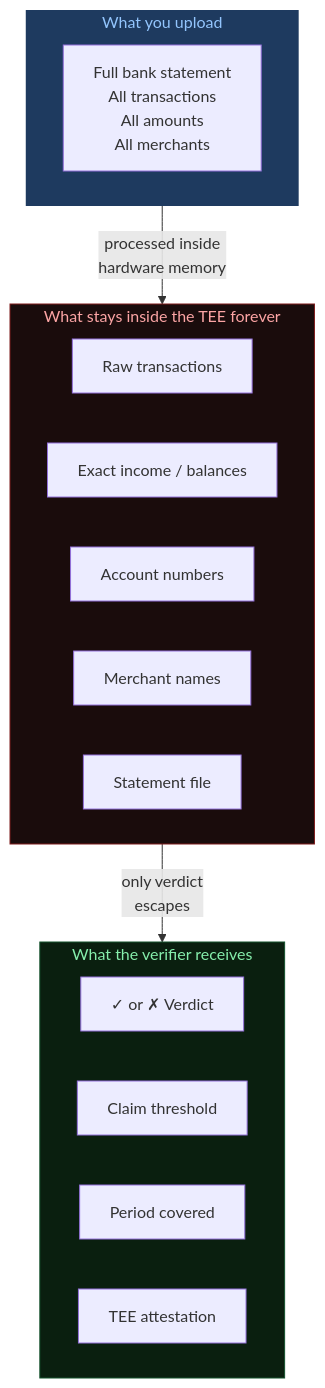
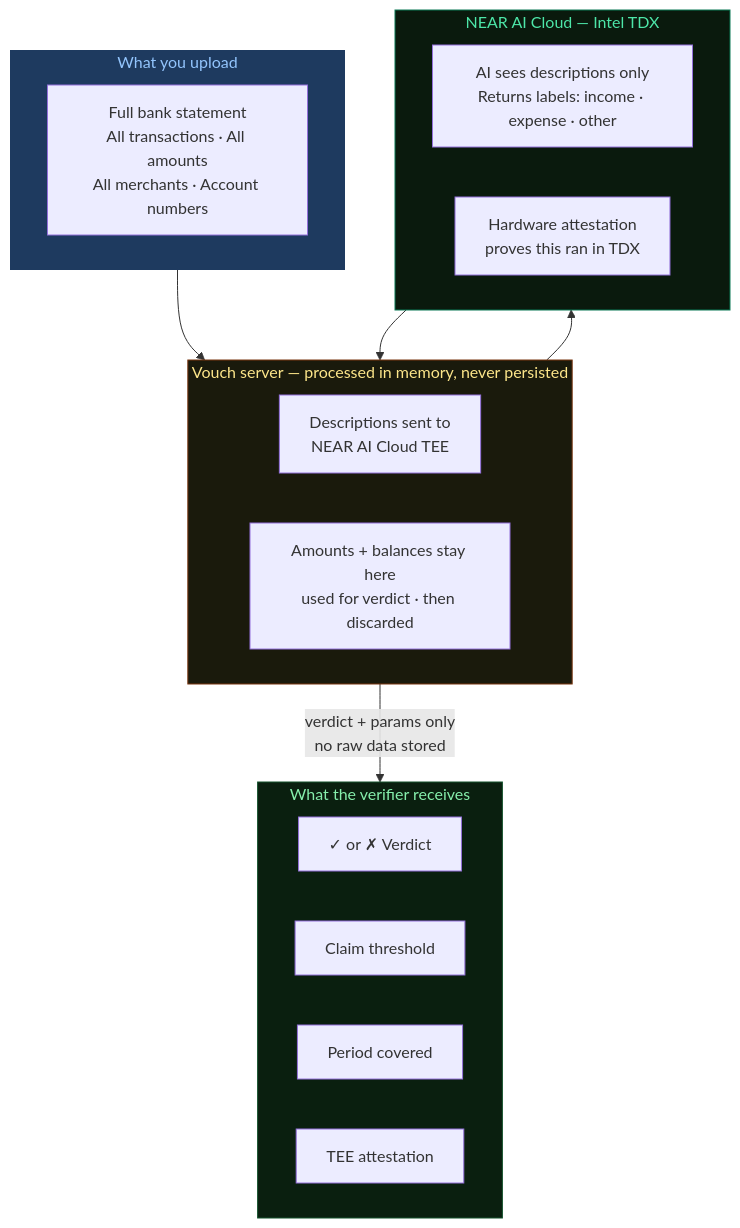
One commit to nisargpatel7042lva/vouch changed the second of 2 diagrams in README.md. Above: the diagram before and after it, drawn with Mermaid. The commit also changed other lines of this file, not shown here.

Commit message:
docs: accurate architecture — parsing and claim engine are on Vercel, only classification runs in TEE

````diff
--- a/README.md
+++ b/README.md
@@ -98,28 +103,33 @@
 ```mermaid
 flowchart TD
     subgraph INPUT ["What you upload"]
-        I1[Full bank statement\nAll transactions\nAll amounts\nAll merchants]
+        I1[Full bank statement\nAll transactions · All amounts\nAll merchants · Account numbers]
     end
 
-    subgraph ENCLAVE ["What stays inside the TEE forever"]
-        E1[Raw transactions]
-        E2[Exact income / balances]
-        E3[Account numbers]
-        E4[Merchant names]
-        E5[Statement file]
+    subgraph SERVER ["Vouch server — processed in memory, never persisted"]
+        S1[Descriptions sent to\nNEAR AI Cloud TEE]
+        S2[Amounts + balances stay here\nused for verdict · then discarded]
+    end
+
+    subgraph TEE ["NEAR AI Cloud — Intel TDX"]
+        T1[AI sees descriptions only\nReturns labels: income · expense · other]
+        T2[Hardware attestation\nproves this ran in TDX]
     end
 
     subgraph OUTPUT ["What the verifier receives"]
         O1["✓ or ✗  Verdict"]
         O2[Claim threshold]
         O3[Period covered]
         O4[TEE attestation]
     end
 
-    INPUT -->|"processed inside\nhardware memory"| ENCLAVE
-    ENCLAVE -->|"only verdict\nescapes"| OUTPUT
+    INPUT --> SERVER
+    SERVER --> TEE
+    TEE --> SERVER
+    SERVER -->|"verdict + params only\nno raw data stored"| OUTPUT
 
     style INPUT fill:#1e3a5f,color:#93c5fd,stroke:none
-    style ENCLAVE fill:#1a0c0c,color:#fca5a5,stroke:#7f1d1d
+    style SERVER fill:#1a1a0c,color:#fde68a,stroke:#78350f
+    style TEE fill:#0a1a0d,color:#4de6a8,stroke:#0a7855
     style OUTPUT fill:#0a1f0f,color:#86efac,stroke:#14532d
 ```
````
